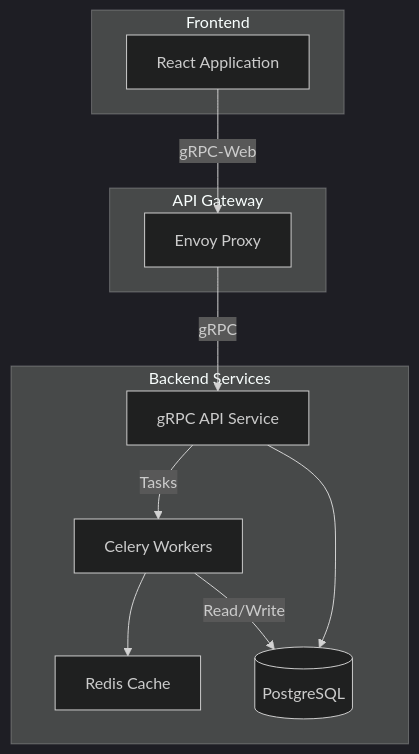
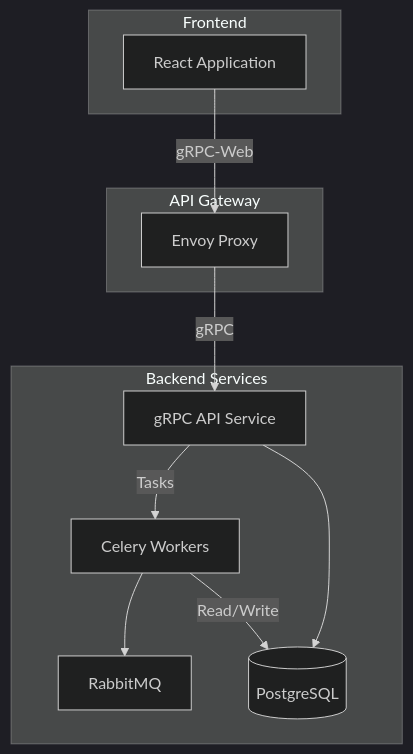
Before and after one commit to sahanruwantha/notification_service: the diagram in README.md, drawn with Mermaid (dark theme). The commit also changed other lines of this file, not shown here.

````diff
--- a/README.md
+++ b/README.md
@@ -7,24 +7,24 @@
 ```mermaid
 graph TB
     subgraph "Frontend"
         React[React Application]
     end
 
     subgraph "API Gateway"
         Envoy[Envoy Proxy]
     end
 
     subgraph "Backend Services"
         API[gRPC API Service]
         Worker[Celery Workers]
-        Cache[Redis Cache]
+        Cache[RabbitMQ]
         DB[(PostgreSQL)]
     end
 
     React -->|gRPC-Web| Envoy
     Envoy -->|gRPC| API
     API --> DB
     API -->|Tasks| Worker
     Worker --> Cache
     Worker -->|Read/Write| DB
 ```
````
